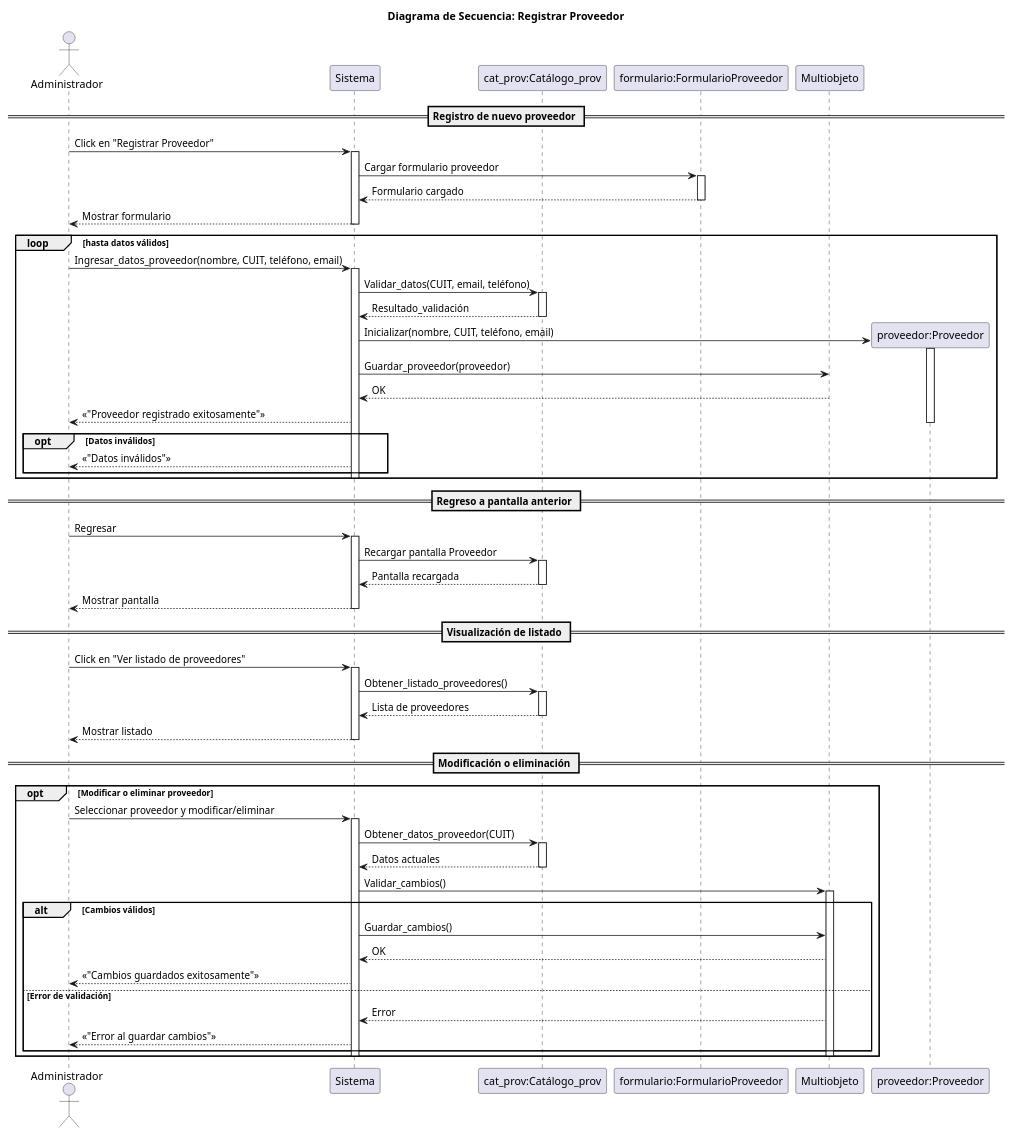
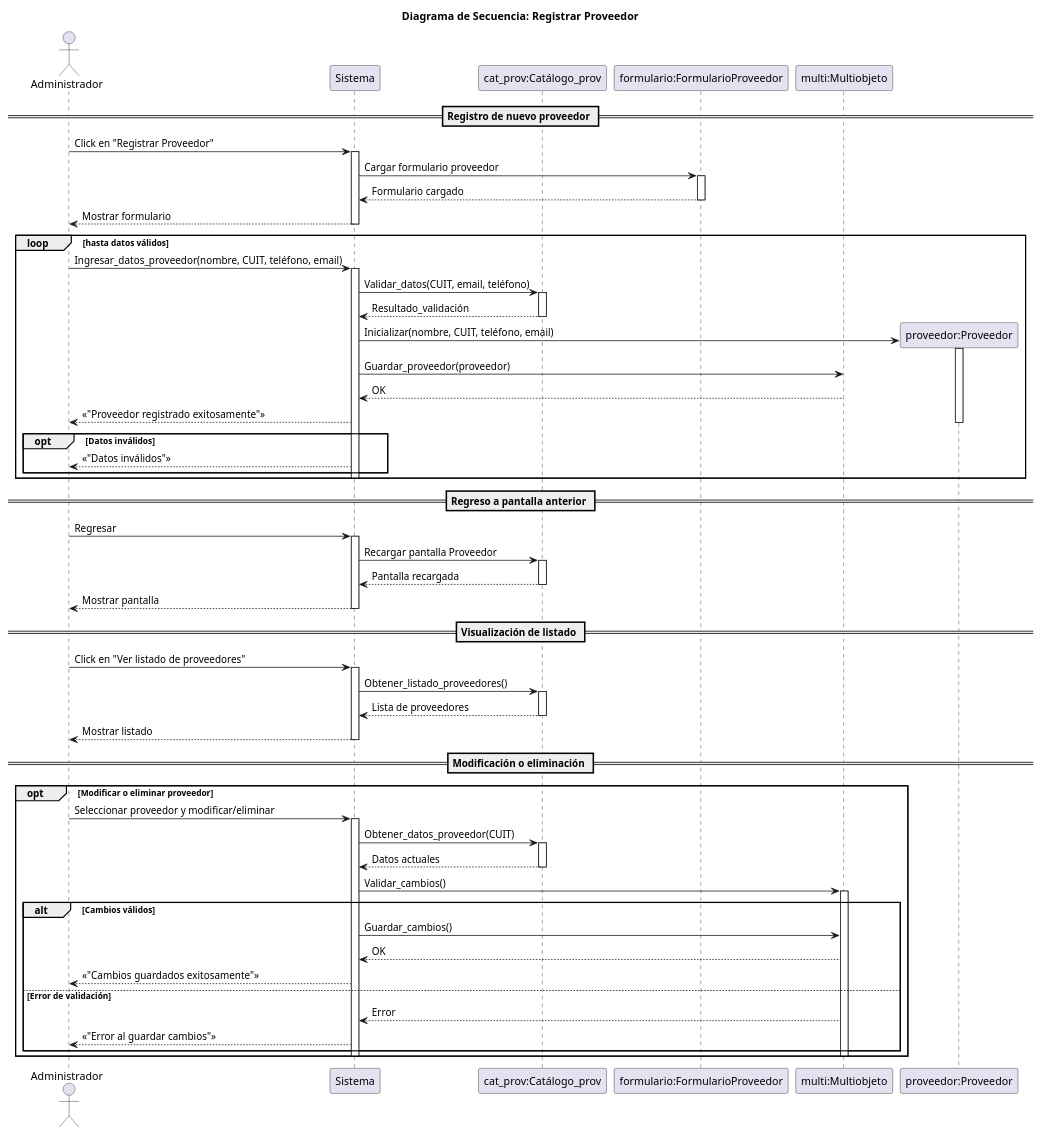
The diagram in 08-Diagrama-secuencia/05_Registrar_proveedor.puml (Luci1274/PPI_Proyecto_gomeria), drawn with PlantUML before and after one commit. The commit also changed 5 other files, not shown here.

Commit message:
cambio en el diagrama proveedor y compra

```diff
--- a/08-Diagrama-secuencia/05_Registrar_proveedor.puml
+++ b/08-Diagrama-secuencia/05_Registrar_proveedor.puml
@@ -1,84 +1,84 @@
 @startuml proveedor
 
 title Diagrama de Secuencia: Registrar Proveedor
 
 actor Administrador
 participant Sistema
 participant "cat_prov:Catálogo_prov" as Cat_prov
 participant "formulario:FormularioProveedor" as Formulario
-participant "Multiobjeto" as MULT
+participant "multi:Multiobjeto" as MULT
 
 == Registro de nuevo proveedor ==
 Administrador -> Sistema: Click en "Registrar Proveedor"
 activate Sistema
 Sistema -> Formulario: Cargar formulario proveedor
 activate Formulario
 Formulario --> Sistema: Formulario cargado
 deactivate Formulario
 Sistema --> Administrador: Mostrar formulario
 deactivate Sistema
 
 loop hasta datos válidos
     Administrador -> Sistema: Ingresar_datos_proveedor(nombre, CUIT, teléfono, email)
     activate Sistema
     Sistema -> Cat_prov: Validar_datos(CUIT, email, teléfono)
     activate Cat_prov
     Cat_prov --> Sistema: Resultado_validación
     deactivate Cat_prov
 
     create "proveedor:Proveedor" as P
     Sistema -> P: Inicializar(nombre, CUIT, teléfono, email)
     activate P
     Sistema -> MULT: Guardar_proveedor(proveedor)
     MULT --> Sistema: OK
     Sistema --> Administrador: <<"Proveedor registrado exitosamente">>
     deactivate P
     opt Datos inválidos
         Sistema --> Administrador: <<"Datos inválidos">>
     end
     deactivate Sistema
 end
 
 == Regreso a pantalla anterior ==
 Administrador -> Sistema: Regresar
 activate Sistema
 Sistema -> Cat_prov: Recargar pantalla Proveedor
 activate Cat_prov
 Cat_prov --> Sistema: Pantalla recargada
 deactivate Cat_prov
 Sistema --> Administrador: Mostrar pantalla
 deactivate Sistema
 
 == Visualización de listado ==
 Administrador -> Sistema: Click en "Ver listado de proveedores"
 activate Sistema
 Sistema -> Cat_prov: Obtener_listado_proveedores()
 activate Cat_prov
 Cat_prov --> Sistema: Lista de proveedores
 deactivate Cat_prov
 Sistema --> Administrador: Mostrar listado
 deactivate Sistema
 
 == Modificación o eliminación ==
 opt Modificar o eliminar proveedor
     Administrador -> Sistema: Seleccionar proveedor y modificar/eliminar
     activate Sistema
     Sistema -> Cat_prov: Obtener_datos_proveedor(CUIT)
     activate Cat_prov
     Cat_prov --> Sistema: Datos actuales
     deactivate Cat_prov
     Sistema -> MULT: Validar_cambios()
     activate MULT
     alt Cambios válidos
         Sistema -> MULT: Guardar_cambios()
         MULT --> Sistema: OK
         Sistema --> Administrador: <<"Cambios guardados exitosamente">>
     else Error de validación
         MULT --> Sistema: Error
         Sistema --> Administrador: <<"Error al guardar cambios">>
     end
     deactivate MULT
     deactivate Sistema
 end
 
 @enduml
```
